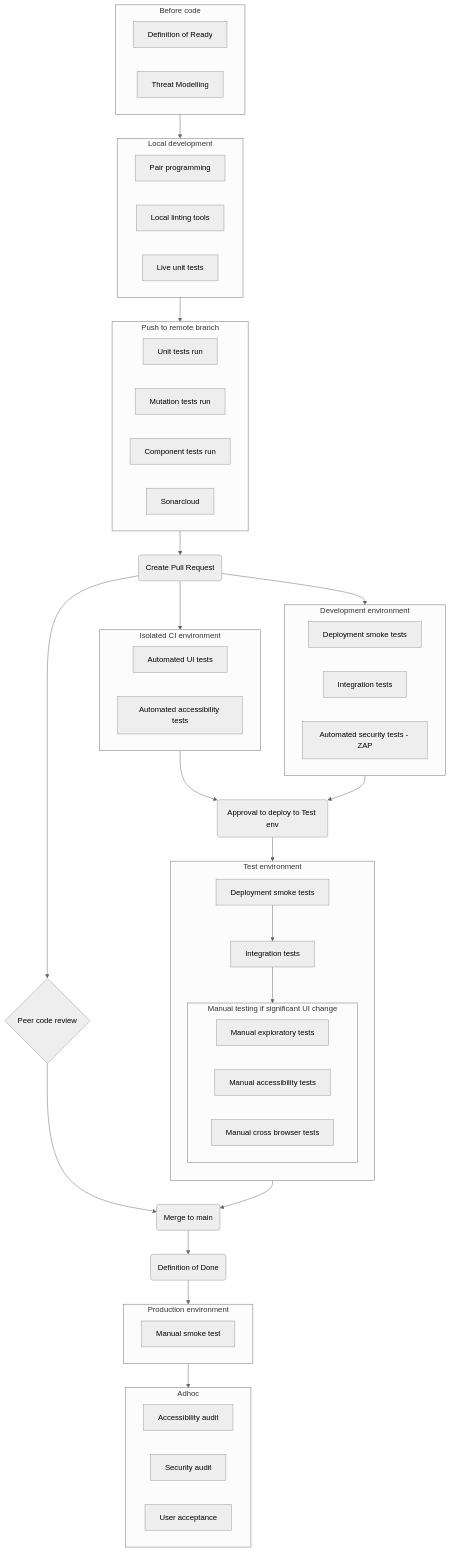
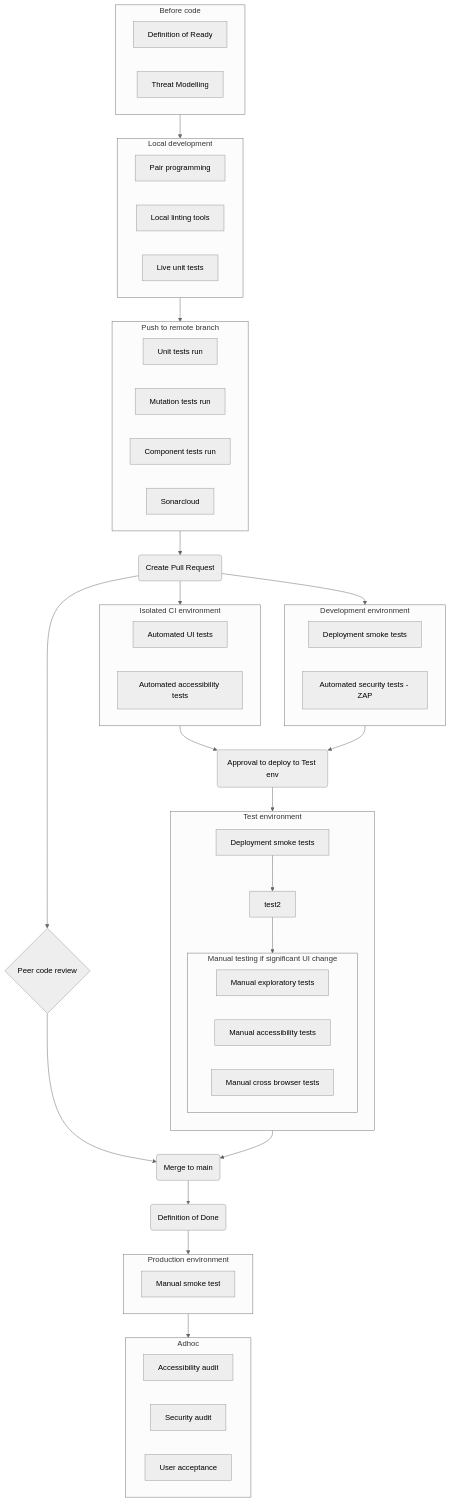
The diagram in docs/test-approach.md (DFE-Digital/find-information-about-academies-and-trusts), drawn with Mermaid (neutral theme) before and after one commit. The commit also changed other lines of this file and 4 other files, not shown here.

```diff
--- a/docs/test-approach.md
+++ b/docs/test-approach.md
@@ -46,7 +46,6 @@
 
   subgraph dev[Development environment]
     dev1[Deployment smoke tests]
-    dev2[Integration tests]
     dev3[Automated security tests - ZAP]
   end
 
@@ -61,7 +60,6 @@
     direction TB
     test1[Deployment smoke tests]
     test1-->test2
-    test2[Integration tests]
     test2-->manual
     subgraph manual[Manual testing if significant UI change]
       manual1[Manual exploratory tests]
```
